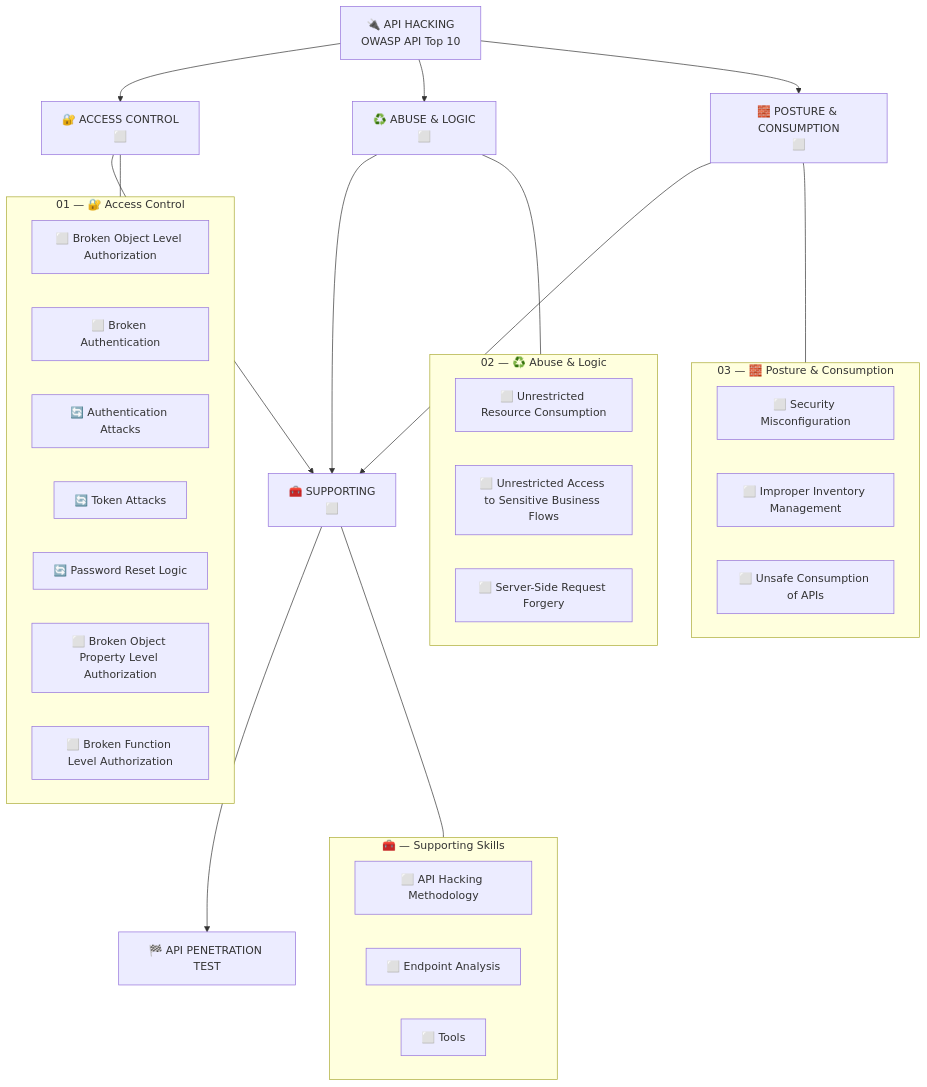
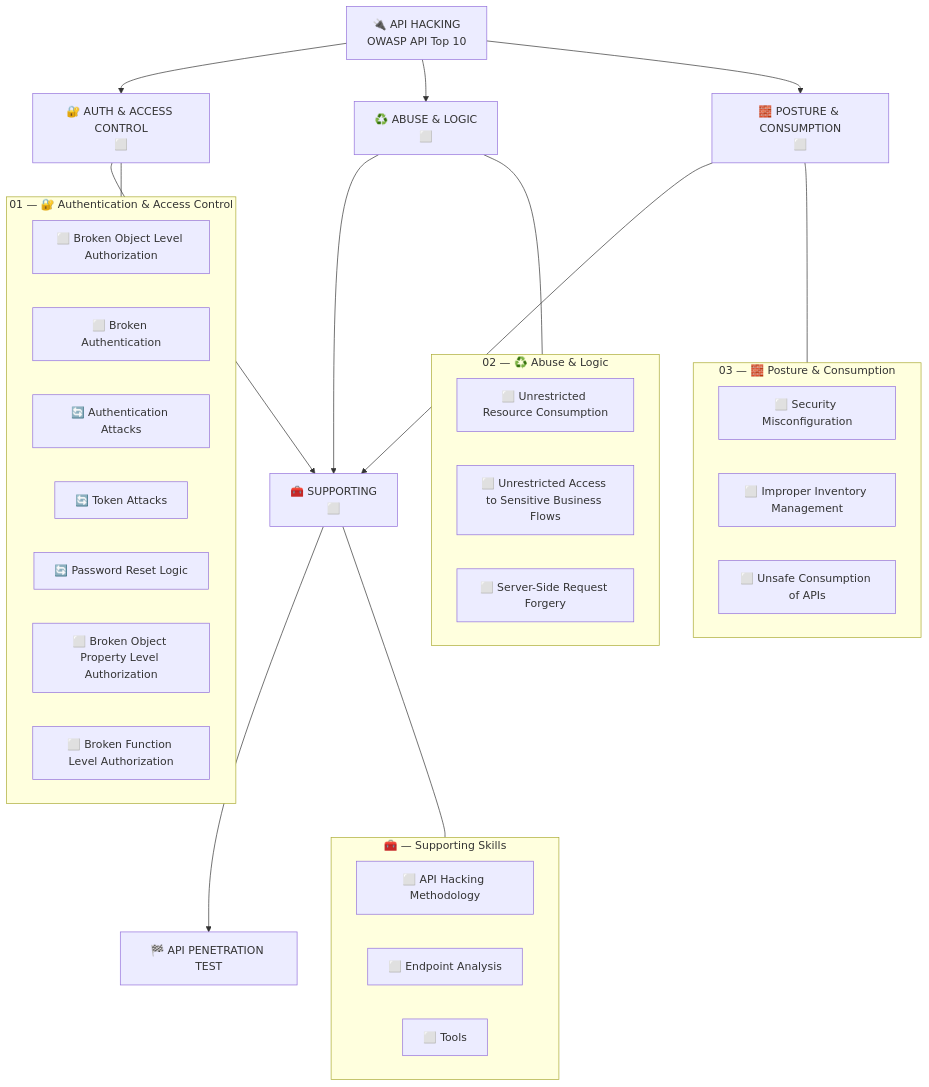
One commit to romeo-mhakayakora/API-Hacking changed the diagram in README.md. Above: the diagram before and after it, drawn with Mermaid. The commit also changed other lines of this file and 1 other file, not shown here.

Commit message:
Rename domain 01 to Authentication & Access Control

````diff
--- a/README.md
+++ b/README.md
@@ -15,59 +15,59 @@
 ```mermaid
 flowchart TB
     API["🔌 API HACKING<br/>OWASP API Top 10"]
-    D1["🔐 ACCESS CONTROL<br/>⬜"]
+    D1["🔐 AUTH & ACCESS CONTROL<br/>⬜"]
     D2["♻️ ABUSE & LOGIC<br/>⬜"]
     D3["🧱 POSTURE & CONSUMPTION<br/>⬜"]
     SUP["🧰 SUPPORTING<br/>⬜"]
     PENT["🏁 API PENETRATION TEST"]
 
     API --> D1 & D2 & D3
     D1 & D2 & D3 --> SUP --> PENT
 
-    subgraph 01_ACCESS_CONTROL ["01 — 🔐 Access Control"]
+    subgraph 01_ACCESS_CONTROL ["01 — 🔐 Authentication & Access Control"]
         BOLA["⬜ Broken Object Level Authorization"]
         AUTH["⬜ Broken Authentication"]
         CRED["🔄 Authentication Attacks"]
         TOK["🔄 Token Attacks"]
         PWR["🔄 Password Reset Logic"]
         BOPLA["⬜ Broken Object Property Level Authorization"]
         BFLA["⬜ Broken Function Level Authorization"]
     end
     subgraph 02_ABUSE_LOGIC ["02 — ♻️ Abuse & Logic"]
         RES["⬜ Unrestricted Resource Consumption"]
         FLOW["⬜ Unrestricted Access to Sensitive Business Flows"]
         SSRF["⬜ Server-Side Request Forgery"]
     end
     subgraph 03_POSTURE_CONSUMPTION ["03 — 🧱 Posture & Consumption"]
         MIS["⬜ Security Misconfiguration"]
         INV["⬜ Improper Inventory Management"]
         CON["⬜ Unsafe Consumption of APIs"]
     end
     subgraph SUPPORTING ["🧰 — Supporting Skills"]
         MET["⬜ API Hacking Methodology"]
         EPA["⬜ Endpoint Analysis"]
         TLS["⬜ Tools"]
     end
 
     D1 --- 01_ACCESS_CONTROL
     D2 --- 02_ABUSE_LOGIC
     D3 --- 03_POSTURE_CONSUMPTION
     SUP --- SUPPORTING
 
     click BOLA href "./01-access-control/bola.md"
     click AUTH href "./01-access-control/broken-authentication.md"
     click CRED href "./01-access-control/authentication-attacks.md"
     click TOK href "./01-access-control/token-attacks.md"
     click PWR href "./01-access-control/password-reset-logic.md"
     click BOPLA href "./01-access-control/bopla.md"
     click BFLA href "./01-access-control/bfla.md"
     click RES href "./02-abuse-logic/unrestricted-resource-consumption.md"
     click FLOW href "./02-abuse-logic/unrestricted-business-flow.md"
     click SSRF href "./02-abuse-logic/ssrf.md"
     click MIS href "./03-posture-consumption/security-misconfiguration.md"
     click INV href "./03-posture-consumption/improper-inventory-management.md"
     click CON href "./03-posture-consumption/unsafe-api-consumption.md"
     click MET href "./supporting/01-api-methodology.md"
     click EPA href "./supporting/02-api-endpoint-analysis.md"
     click TLS href "./supporting/03-tools.md"
 ```
````
